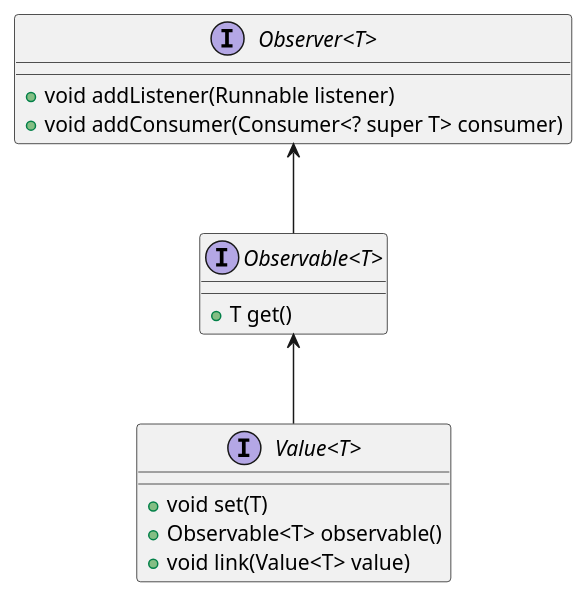
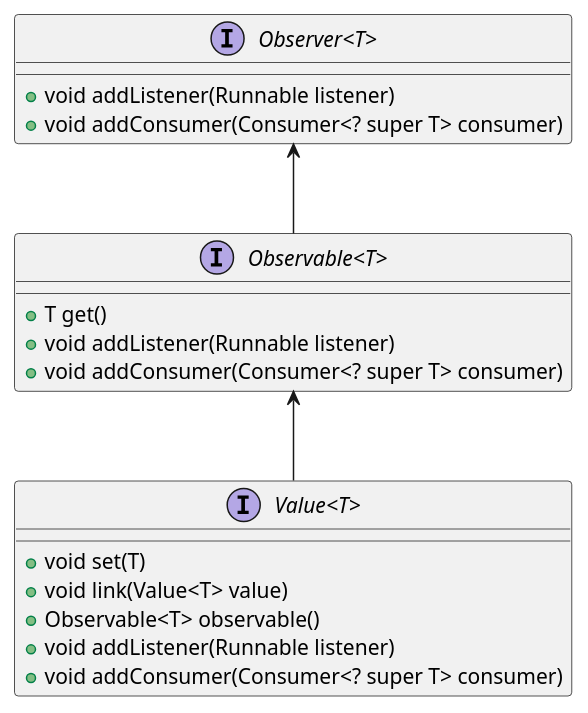
Before and after one commit to codion-is/codion: the second of 3 diagrams in documentation/src/docs/asciidoc/manual/common-core.adoc, drawn with PlantUML. The commit also changed other lines of this file and 9 other files, not shown here.

```diff
--- a/documentation/src/docs/asciidoc/manual/common-core.adoc
+++ b/documentation/src/docs/asciidoc/manual/common-core.adoc
@@ -57,22 +57,26 @@
 [plantuml,value-diagram,svg,align=center]
 -------------------------------------------
 skinparam genericDisplay old
 
 interface Value<T> {
     +void set(T)
+    +void link(Value<T> value)
     +Observable<T> observable()
-    +void link(Value<T> value)
+    +void addListener(Runnable listener)
+    +void addConsumer(Consumer<? super T> consumer)
 }
 
 interface Observable<T> {
     +T get()
+    +void addListener(Runnable listener)
+    +void addConsumer(Consumer<? super T> consumer)
 }
 
 interface Observer<T> {
     +void addListener(Runnable listener)
     +void addConsumer(Consumer<? super T> consumer)
 }
 
 Observable <-- Value
 Observer <-- Observable
 -------------------------------------------
```
